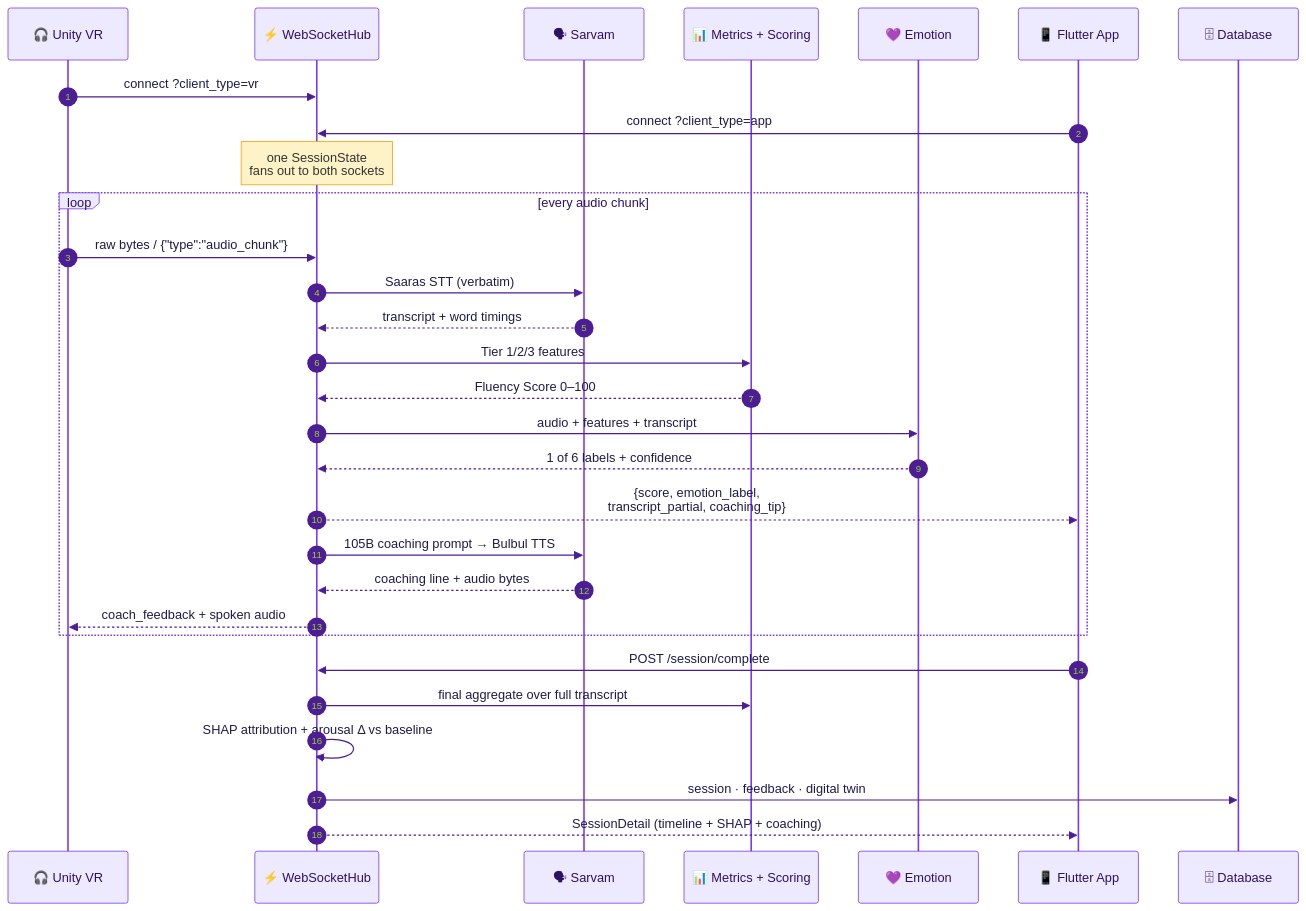
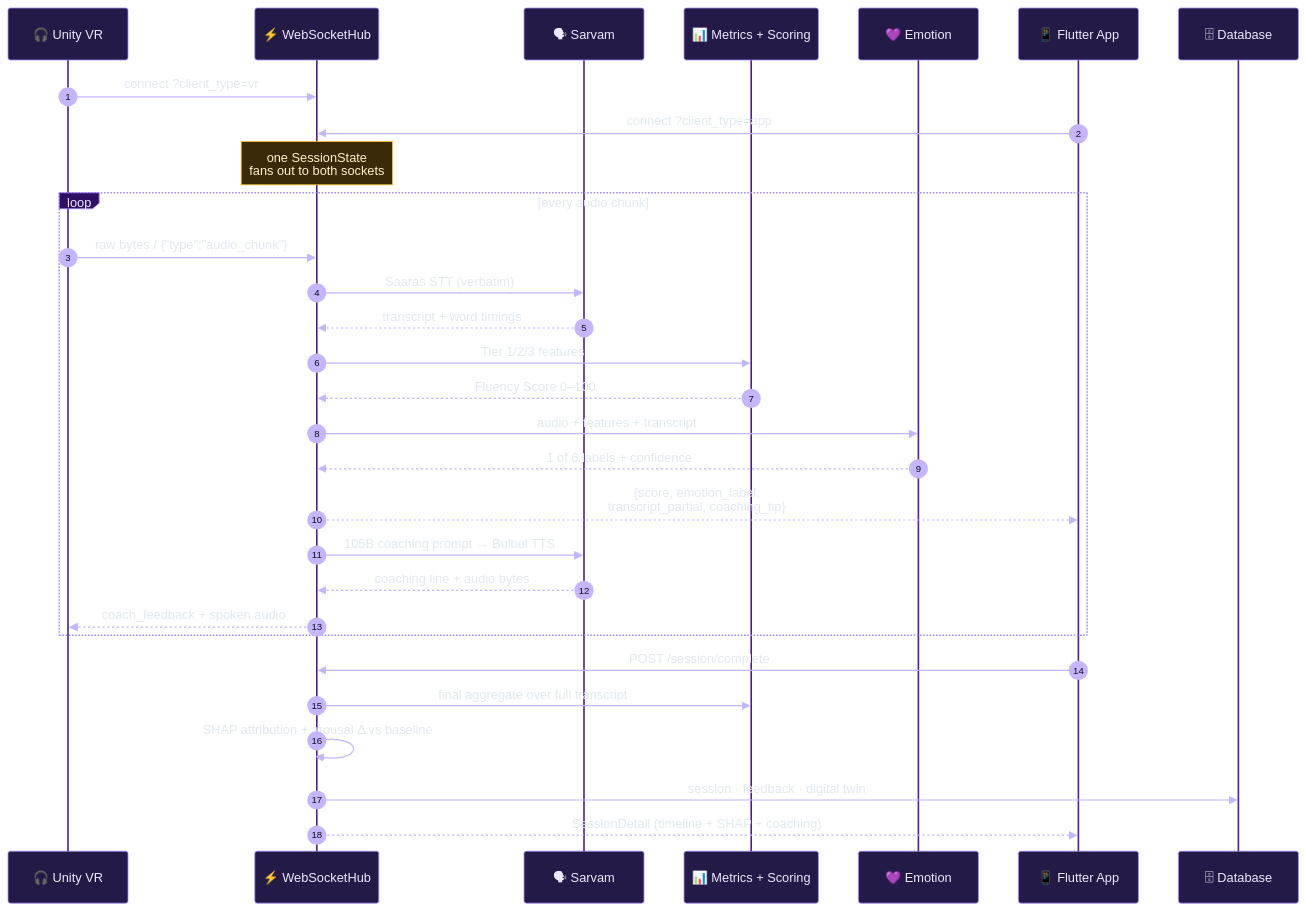
One commit to vaibhav700c/Anubhav changed the second of 5 diagrams in README.md. Above: the diagram before and after it, drawn with Mermaid. The commit also changed other lines of this file and 1 other file, not shown here.

First line of the commit message:
docs: retheme all Mermaid diagrams for GitHub dark mode

````diff
--- a/README.md
+++ b/README.md
@@ -130,36 +130,36 @@
 ```mermaid
-%%{init: {'theme':'base','themeVariables':{'fontFamily':'Inter, system-ui, sans-serif','primaryColor':'#EDE9FE','primaryTextColor':'#1E1B4B','primaryBorderColor':'#7C3AED','lineColor':'#6D28D9','signalColor':'#4C1D95','actorBkg':'#EDE9FE','actorBorder':'#7C3AED','actorTextColor':'#2E1065','labelBoxBkg':'#DDD6FE','noteBkgColor':'#FEF3C7','noteBorderColor':'#F59E0B'}}}%%
+%%{init: {'theme':'base','themeVariables':{'fontFamily':'Inter, system-ui, sans-serif','background':'#0D1117','primaryColor':'#241A47','primaryTextColor':'#EDE9FE','primaryBorderColor':'#A78BFA','lineColor':'#A78BFA','textColor':'#E2E8F0','actorBkg':'#241A47','actorBorder':'#A78BFA','actorTextColor':'#EDE9FE','actorLineColor':'#4C1D95','signalColor':'#C4B5FD','signalTextColor':'#E2E8F0','messageLine0':'#C4B5FD','messageLine1':'#C4B5FD','messageText':'#E2E8F0','labelBoxBkgColor':'#2E1065','labelBoxBorderColor':'#A78BFA','labelTextColor':'#EDE9FE','loopTextColor':'#E2E8F0','sequenceNumberColor':'#0D0F1A','activationBkgColor':'#4C1D95','activationBorderColor':'#C4B5FD','noteBkgColor':'#3A2A0A','noteBorderColor':'#FBBF24','noteTextColor':'#FEF3C7'}}}%%
 sequenceDiagram
     autonumber
     participant VR as 🎧 Unity VR
     participant HUB as ⚡ WebSocketHub
     participant SAR as 🗣 Sarvam
     participant MET as 📊 Metrics + Scoring
     participant EMO as 💜 Emotion
     participant APP as 📱 Flutter App
     participant DB as 🗄 Database
 
     VR->>HUB: connect ?client_type=vr
     APP->>HUB: connect ?client_type=app
     Note over HUB: one SessionState<br/>fans out to both sockets
 
     loop every audio chunk
         VR->>HUB: raw bytes / {"type":"audio_chunk"}
         HUB->>SAR: Saaras STT (verbatim)
         SAR-->>HUB: transcript + word timings
         HUB->>MET: Tier 1/2/3 features
         MET-->>HUB: Fluency Score 0–100
         HUB->>EMO: audio + features + transcript
         EMO-->>HUB: 1 of 6 labels + confidence
         HUB-->>APP: {score, emotion_label,<br/>transcript_partial, coaching_tip}
         HUB->>SAR: 105B coaching prompt → Bulbul TTS
         SAR-->>HUB: coaching line + audio bytes
         HUB-->>VR: coach_feedback + spoken audio
     end
 
     APP->>HUB: POST /session/complete
     HUB->>MET: final aggregate over full transcript
     HUB->>HUB: SHAP attribution + arousal Δ vs baseline
     HUB->>DB: session · feedback · digital twin
     HUB-->>APP: SessionDetail (timeline + SHAP + coaching)
 ```
````
